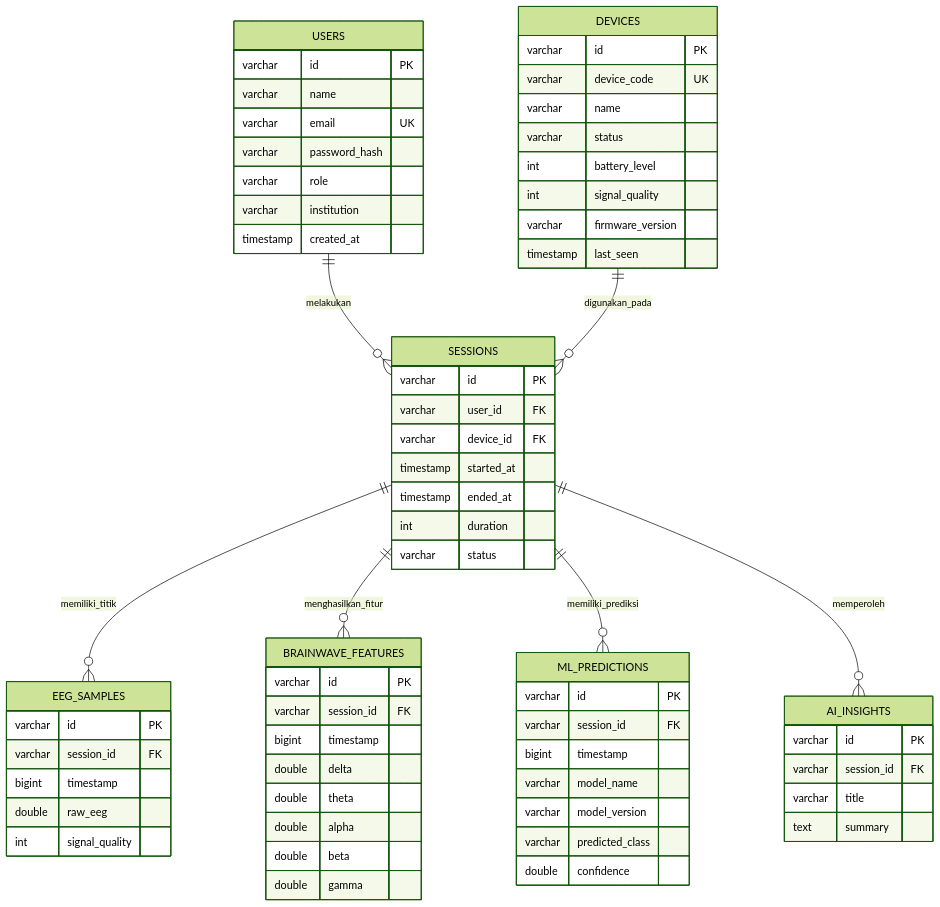
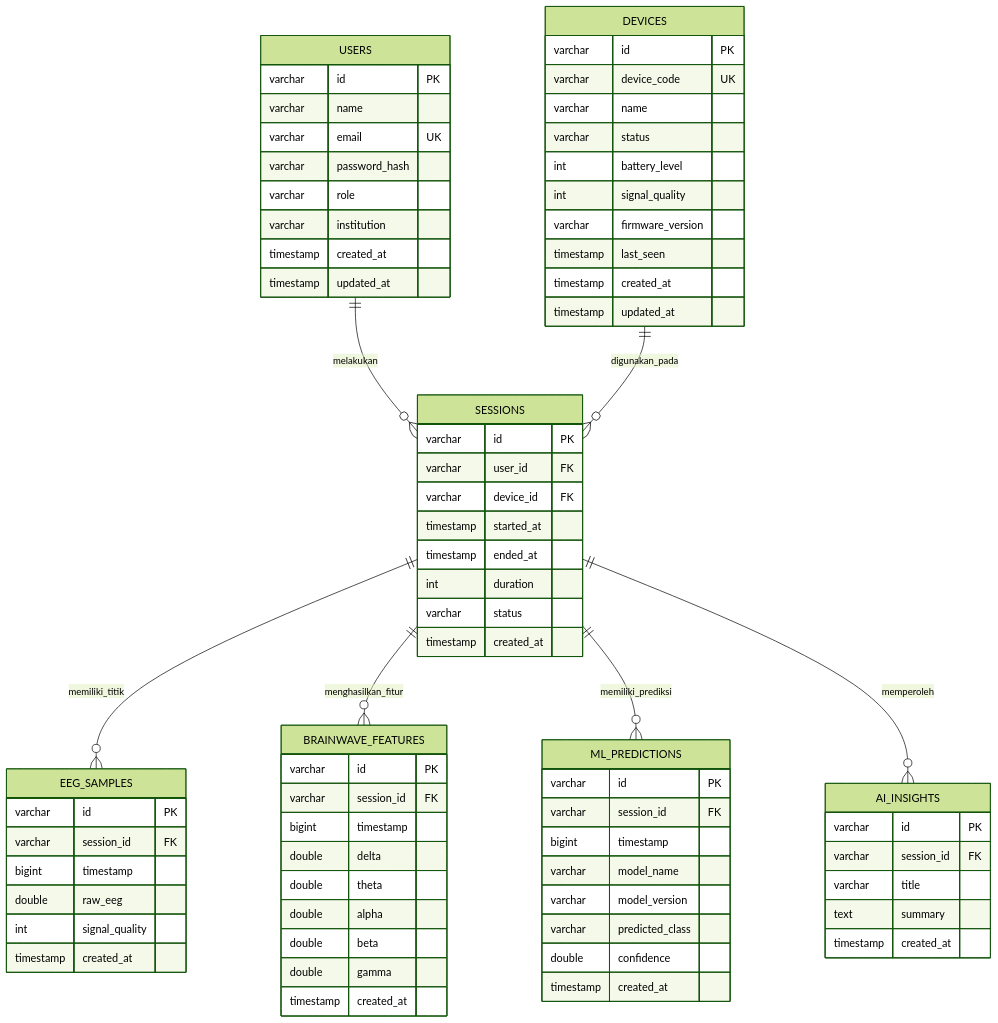
The third of 3 diagrams in README.md (renaldi-simamora/eeg-wearable-r), drawn with Mermaid (forest theme) before and after one commit. The commit also changed other lines of this file, not shown here.

````diff
--- a/README.md
+++ b/README.md
@@ -598,6 +860,7 @@
         varchar role
         varchar institution
         timestamp created_at
+        timestamp updated_at
     }
 
     DEVICES {
@@ -609,6 +872,8 @@
         int signal_quality
         varchar firmware_version
         timestamp last_seen
+        timestamp created_at
+        timestamp updated_at
     }
 
     SESSIONS {
@@ -619,6 +884,7 @@
         timestamp ended_at
         int duration
         varchar status
+        timestamp created_at
     }
 
     EEG_SAMPLES {
@@ -627,6 +893,7 @@
         bigint timestamp
         double raw_eeg
         int signal_quality
+        timestamp created_at
     }
 
     BRAINWAVE_FEATURES {
@@ -638,6 +905,7 @@
         double alpha
         double beta
         double gamma
+        timestamp created_at
     }
 
     ML_PREDICTIONS {
@@ -648,6 +916,7 @@
         varchar model_version
         varchar predicted_class
         double confidence
+        timestamp created_at
     }
 
     AI_INSIGHTS {
@@ -655,5 +924,6 @@
         varchar session_id FK
         varchar title
         text summary
+        timestamp created_at
     }
 ```
````
